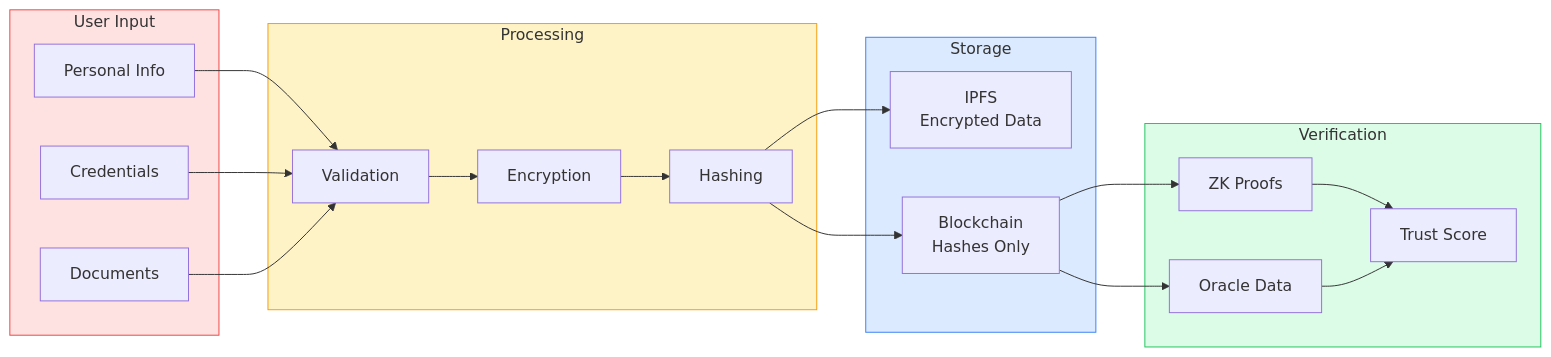
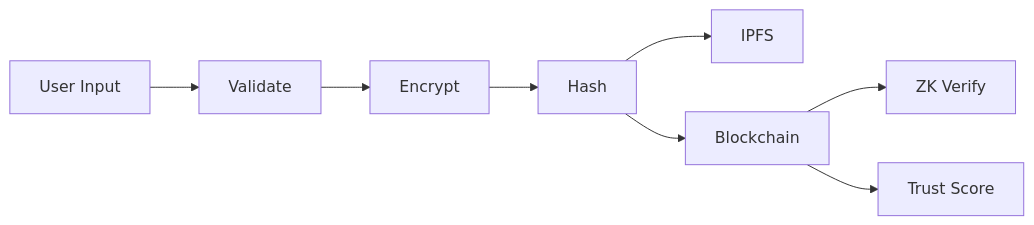
The eighth of 10 diagrams in Archiecture.md (yashodipmore/VeriChain-Identity-Protocol), drawn with Mermaid before and after one commit. The commit also changed other lines of this file, not shown here.

````diff
--- a/Archiecture.md
+++ b/Archiecture.md
@@ -294,42 +139,10 @@
 ```mermaid
 flowchart LR
-    subgraph INPUT["User Input"]
-        I1[Personal Info]
-        I2[Credentials]
-        I3[Documents]
-    end
-
-    subgraph PROCESS["Processing"]
-        P1[Validation]
-        P2[Encryption]
-        P3[Hashing]
-    end
-
-    subgraph STORE["Storage"]
-        S1[IPFS<br/>Encrypted Data]
-        S2[Blockchain<br/>Hashes Only]
-    end
-
-    subgraph VERIFY["Verification"]
-        V1[ZK Proofs]
-        V2[Oracle Data]
-        V3[Trust Score]
-    end
-
-    I1 --> P1
-    I2 --> P1
-    I3 --> P1
-    P1 --> P2
-    P2 --> P3
-    P3 --> S1
-    P3 --> S2
-    S2 --> V1
-    S2 --> V2
-    V1 --> V3
-    V2 --> V3
-
-    style INPUT fill:#fee2e2,stroke:#ef4444
-    style PROCESS fill:#fef3c7,stroke:#f59e0b
-    style STORE fill:#dbeafe,stroke:#3b82f6
-    style VERIFY fill:#dcfce7,stroke:#22c55e
+    A[User Input] --> B[Validate]
+    B --> C[Encrypt]
+    C --> D[Hash]
+    D --> E[IPFS]
+    D --> F[Blockchain]
+    F --> G[ZK Verify]
+    F --> H[Trust Score]
 ```
````
